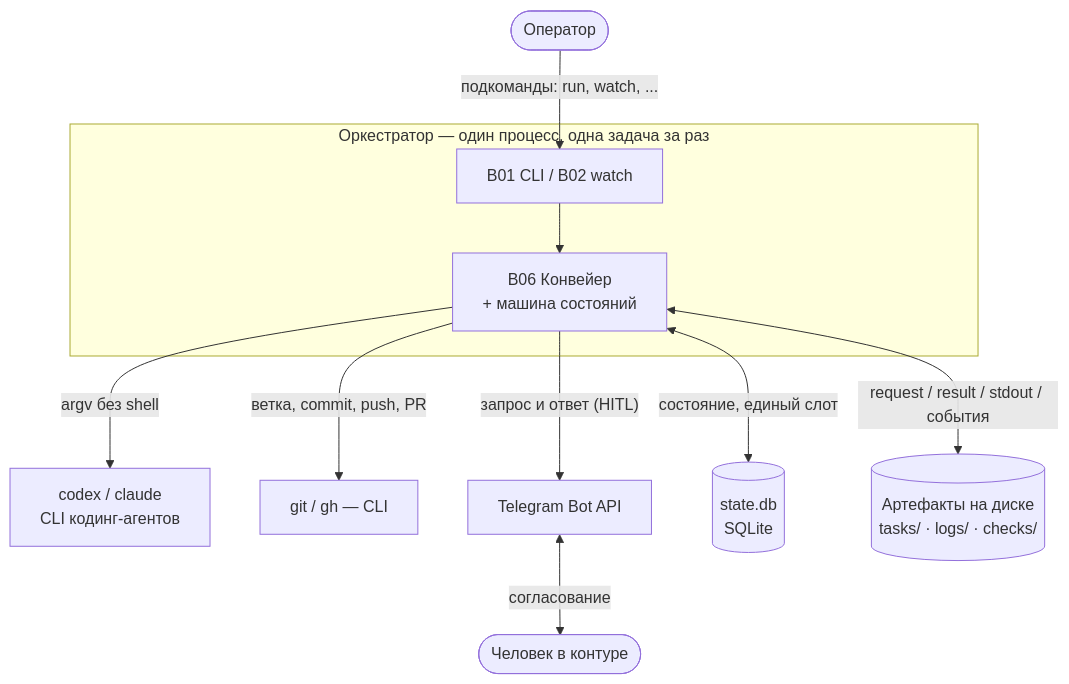
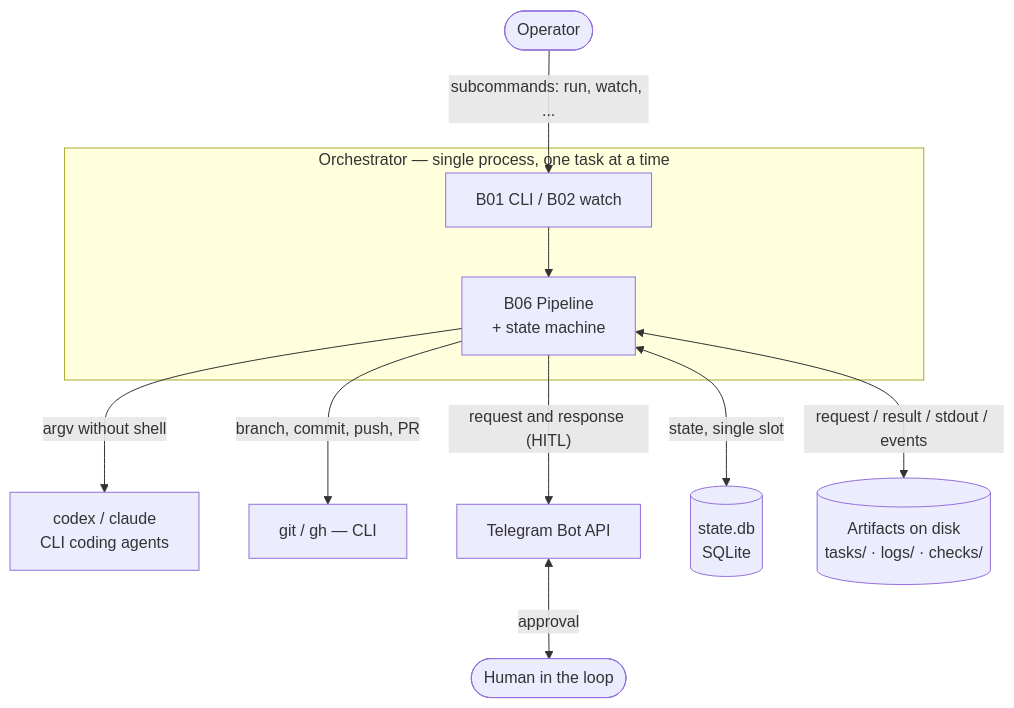
One commit to VladimirMakarevich/wastech-orchestrator changed the first of 3 diagrams in docs/functional/index.md. Above: the diagram before and after it, drawn with Mermaid. The commit also changed other lines of this file and 41 other files, not shown here.

Commit message:
docs: translate system flows documentation from Russian to English, ensuring clarity and consistency in terminology. Update sequence diagrams and flowcharts to reflect the changes in language. Maintain the structure and references to blocks for ease of navigation.

````diff
--- a/docs/functional/index.md
+++ b/docs/functional/index.md
@@ -30,25 +30,25 @@
 ```mermaid
 flowchart TB
-    operator(["Оператор"])
-    human(["Человек в контуре"])
+    operator(["Operator"])
+    human(["Human in the loop"])
 
-    subgraph orc["Оркестратор — один процесс, одна задача за раз"]
+    subgraph orc["Orchestrator — single process, one task at a time"]
         cli["B01 CLI / B02 watch"]
-        pipeline["B06 Конвейер<br/>+ машина состояний"]
+        pipeline["B06 Pipeline<br/>+ state machine"]
         cli --> pipeline
     end
 
-    agents["codex / claude<br/>CLI кодинг-агентов"]
+    agents["codex / claude<br/>CLI coding agents"]
     vcs["git / gh — CLI"]
     tg["Telegram Bot API"]
     db[("state.db<br/>SQLite")]
-    fsart[("Артефакты на диске<br/>tasks/ · logs/ · checks/")]
+    fsart[("Artifacts on disk<br/>tasks/ · logs/ · checks/")]
 
-    operator -->|"подкоманды: run, watch, ..."| cli
-    pipeline -->|"argv без shell"| agents
-    pipeline -->|"ветка, commit, push, PR"| vcs
-    pipeline -->|"запрос и ответ (HITL)"| tg
-    tg <-->|"согласование"| human
-    pipeline <-->|"состояние, единый слот"| db
-    pipeline <-->|"request / result / stdout / события"| fsart
+    operator -->|"subcommands: run, watch, ..."| cli
+    pipeline -->|"argv without shell"| agents
+    pipeline -->|"branch, commit, push, PR"| vcs
+    pipeline -->|"request and response (HITL)"| tg
+    tg <-->|"approval"| human
+    pipeline <-->|"state, single slot"| db
+    pipeline <-->|"request / result / stdout / events"| fsart
 ```
````
